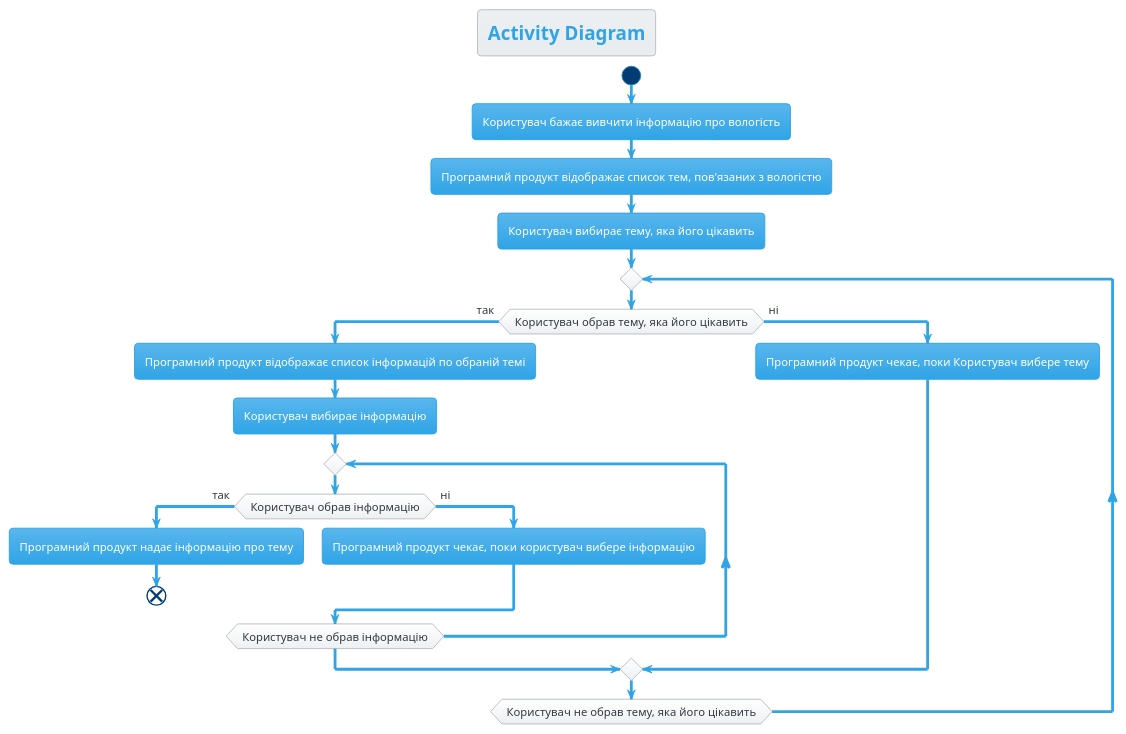
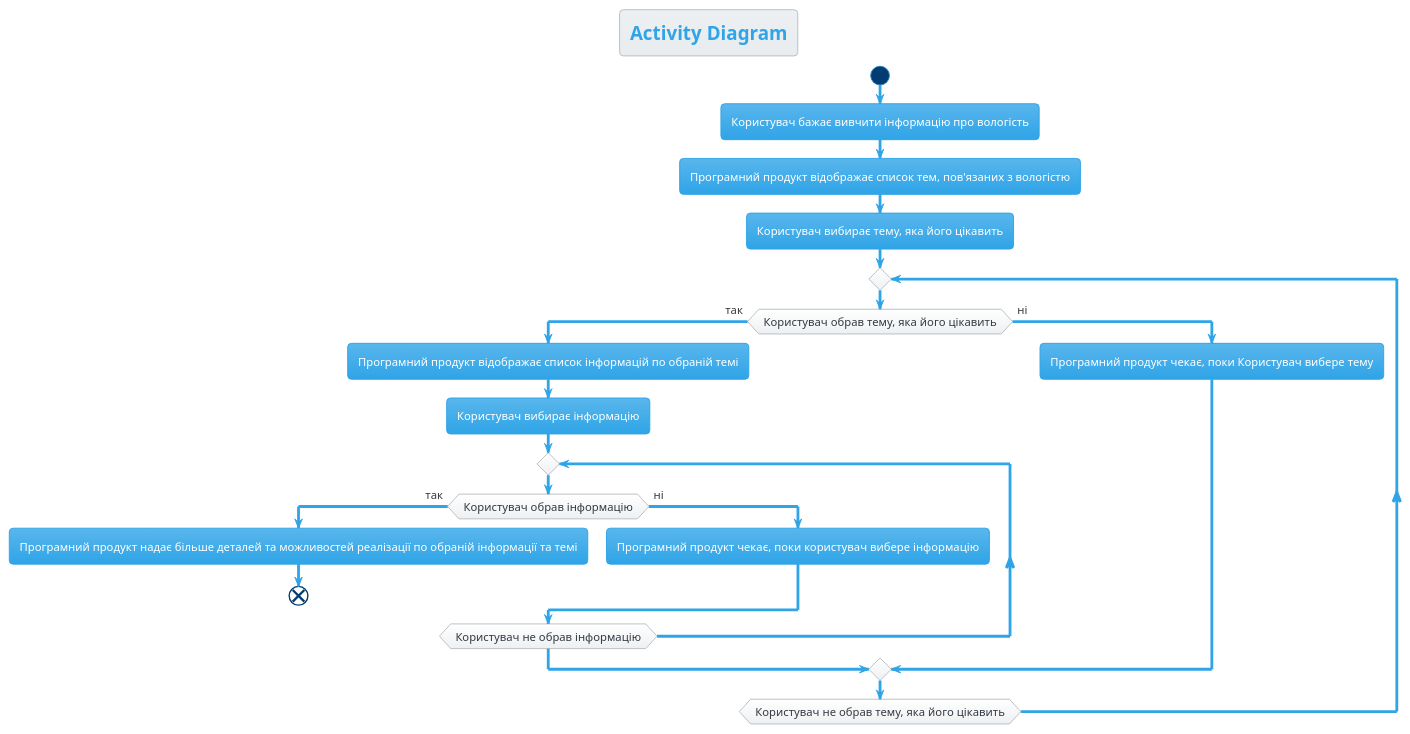
The diagram in 2-SoftwareDesign/2.7-PlantUML/UML-Activity.puml (oleksandrblazhko/ai-212-majorova), drawn with PlantUML before and after one commit.

```diff
--- a/2-SoftwareDesign/2.7-PlantUML/UML-Activity.puml
+++ b/2-SoftwareDesign/2.7-PlantUML/UML-Activity.puml
@@ -1,26 +1,26 @@
 @startuml
 !theme cerulean
 
 title Activity Diagram
 
 start
 :Користувач бажає вивчити інформацію про вологість;
 :Програмний продукт відображає список тем, пов'язаних з вологістю;
 :Користувач вибирає тему, яка його цікавить;
 repeat
   if (Користувач обрав тему, яка його цікавить) then (так)
     :Програмний продукт відображає список інформацій по обраній темі;
     :Користувач вибирає інформацію;
     repeat
       if (Користувач обрав інформацію) then (так)
-        :Програмний продукт надає інформацію про тему;
+        :Програмний продукт надає більше деталей та можливостей реалізації по обраній інформації та темі;
       end
       else (ні)
         :Програмний продукт чекає, поки користувач вибере інформацію;
       endif
     repeat while (Користувач не обрав інформацію)
   else (ні)
   :Програмний продукт чекає, поки Користувач вибере тему;
   endif
 repeat while (Користувач не обрав тему, яка його цікавить)
 @enduml
```
